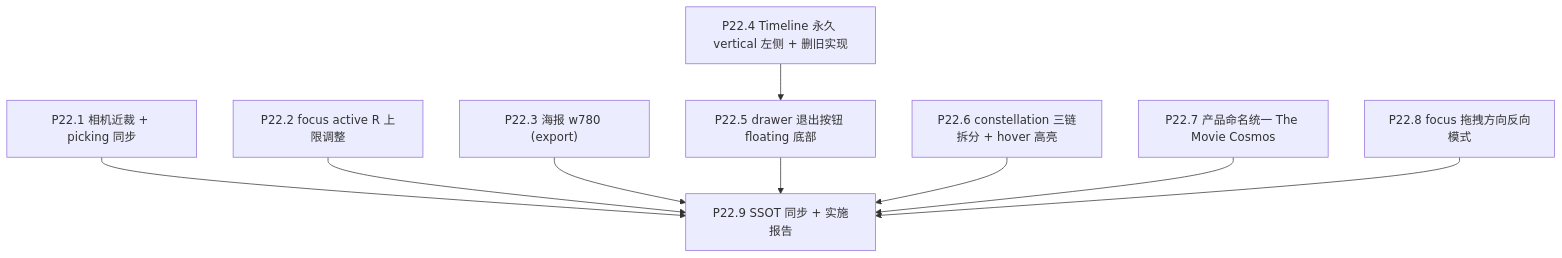
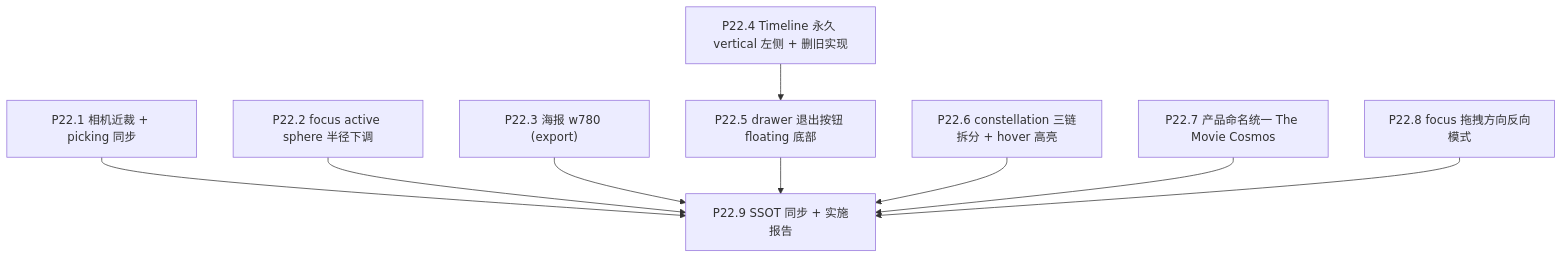
One commit to XYBuilds/chronicle_v3_3d_galaxy changed the first of 2 diagrams in .cursor/plans/phase_22_visual_interaction_polish_f88228c5.plan.md. Above: the diagram before and after it, drawn with Mermaid. The commit also changed other lines of this file, not shown here.

````diff
--- a/.cursor/plans/phase_22_visual_interaction_polish_f88228c5.plan.md
+++ b/.cursor/plans/phase_22_visual_interaction_polish_f88228c5.plan.md
@@ -69,21 +69,21 @@
 ```mermaid
 flowchart TD
     P221["P22.1 相机近裁 + picking 同步"]
-    P222["P22.2 focus active R 上限调整"]
+    P222["P22.2 focus active sphere 半径下调"]
     P223["P22.3 海报 w780 (export)"]
     P224["P22.4 Timeline 永久 vertical 左侧 + 删旧实现"]
     P225["P22.5 drawer 退出按钮 floating 底部"]
     P226["P22.6 constellation 三链拆分 + hover 高亮"]
     P227["P22.7 产品命名统一 The Movie Cosmos"]
     P228["P22.8 focus 拖拽方向反向模式"]
     P229["P22.9 SSOT 同步 + 实施报告"]
 
     P224 --> P225
     P221 --> P229
     P222 --> P229
     P223 --> P229
     P225 --> P229
     P226 --> P229
     P227 --> P229
     P228 --> P229
 ```
````
